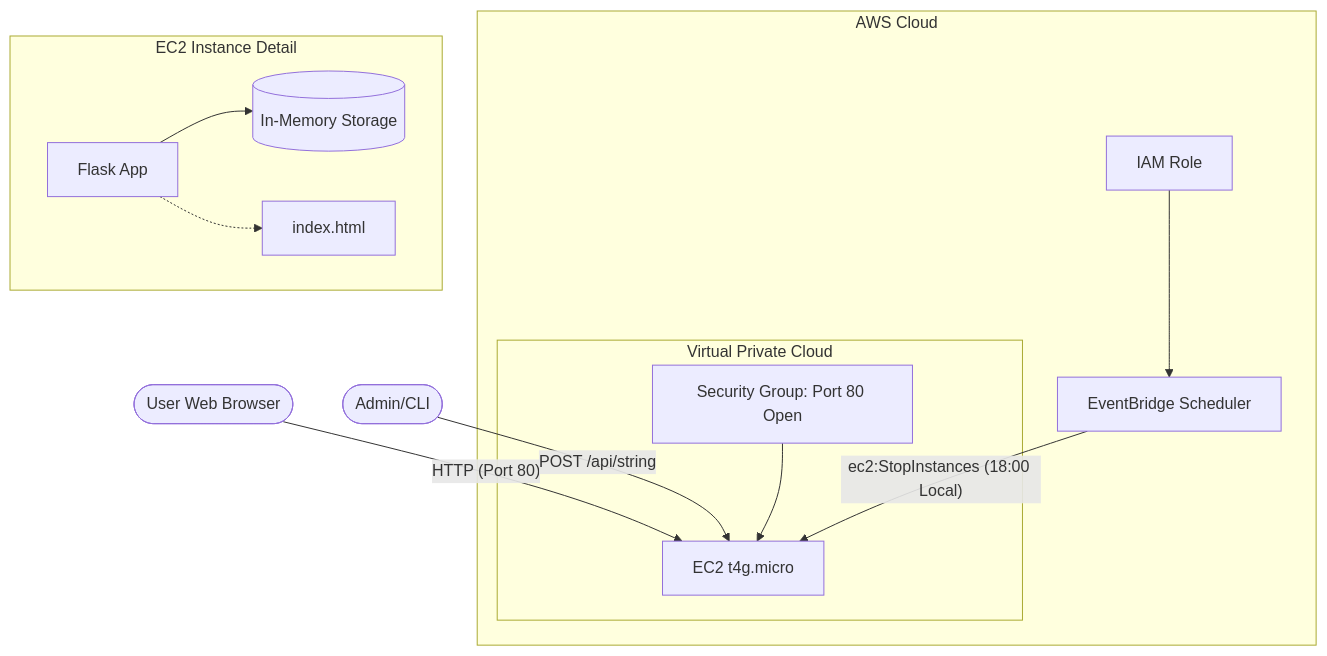
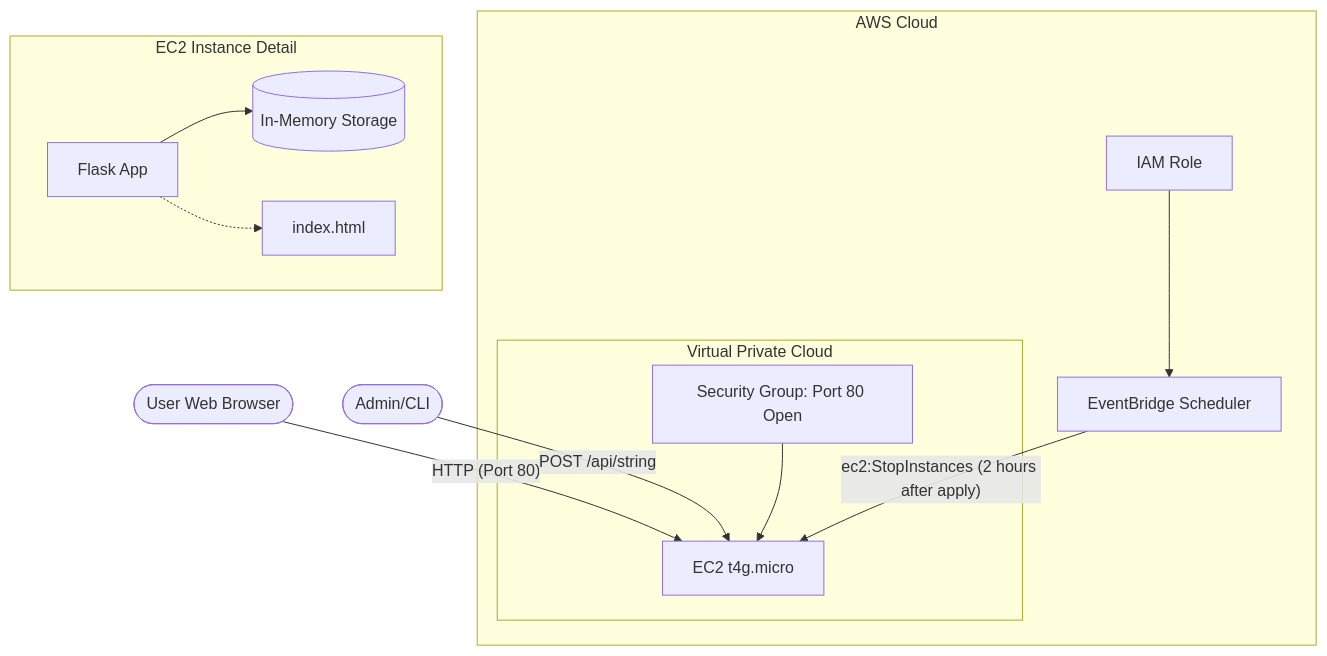
One commit to moyarzun/dynamic-string changed the diagram in README.md. Above: the diagram before and after it, drawn with Mermaid. The commit also changed other lines of this file and 1 other file, not shown here.

Commit message:
Update scheduler to stop instance 2 hours after deploy

````diff
--- a/README.md
+++ b/README.md
@@ -18,24 +18,24 @@
 ```mermaid
 graph TD
     User([User Web Browser]) -- "HTTP (Port 80)" --> EC2[EC2 t4g.micro]
     Admin([Admin/CLI]) -- "POST /api/string" --> EC2
 
     subgraph AWS Cloud
         subgraph Virtual Private Cloud
             EC2
             SG[Security Group: Port 80 Open] --> EC2
         end
 
-        EB[EventBridge Scheduler] -- "ec2:StopInstances (18:00 Local)" --> EC2
+        EB[EventBridge Scheduler] -- "ec2:StopInstances (2 hours after apply)" --> EC2
         IAM[IAM Role] --> EB
     end
 
     subgraph EC2 Instance Detail
         Flask[Flask App]
         InMem[(In-Memory Storage)]
         HTML[index.html]
 
         Flask --> InMem
         Flask -.-> HTML
     end
 ```
````
